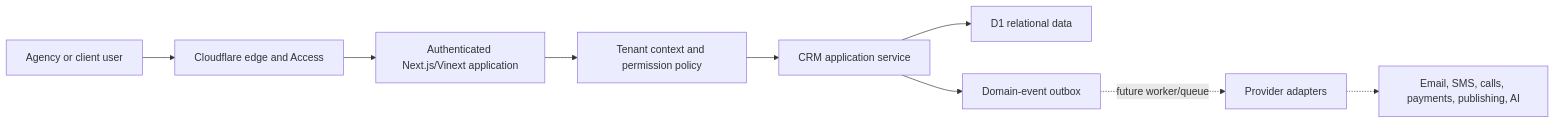
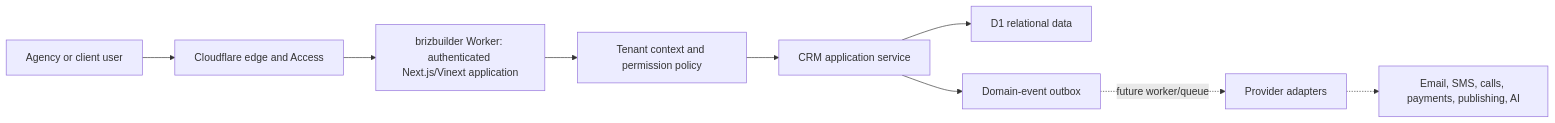
Before and after one commit to brizuelaleads/BrizBuilder-: the diagram in docs/ARCHITECTURE.md, drawn with Mermaid. The commit also changed other lines of this file and 2 other files, not shown here.

First line of the commit message:
Write down which Worker is production, and stop linting a scratch dir

````diff
--- a/docs/ARCHITECTURE.md
+++ b/docs/ARCHITECTURE.md
@@ -16,11 +21,11 @@
 ```mermaid
 flowchart LR
     U["Agency or client user"] --> E["Cloudflare edge and Access"]
-    E --> A["Authenticated Next.js/Vinext application"]
+    E --> A["brizbuilder Worker: authenticated Next.js/Vinext application"]
     A --> P["Tenant context and permission policy"]
     P --> C["CRM application service"]
     C --> D["D1 relational data"]
     C --> O["Domain-event outbox"]
     O -. "future worker/queue" .-> I["Provider adapters"]
     I -.-> X["Email, SMS, calls, payments, publishing, AI"]
 ```
````
